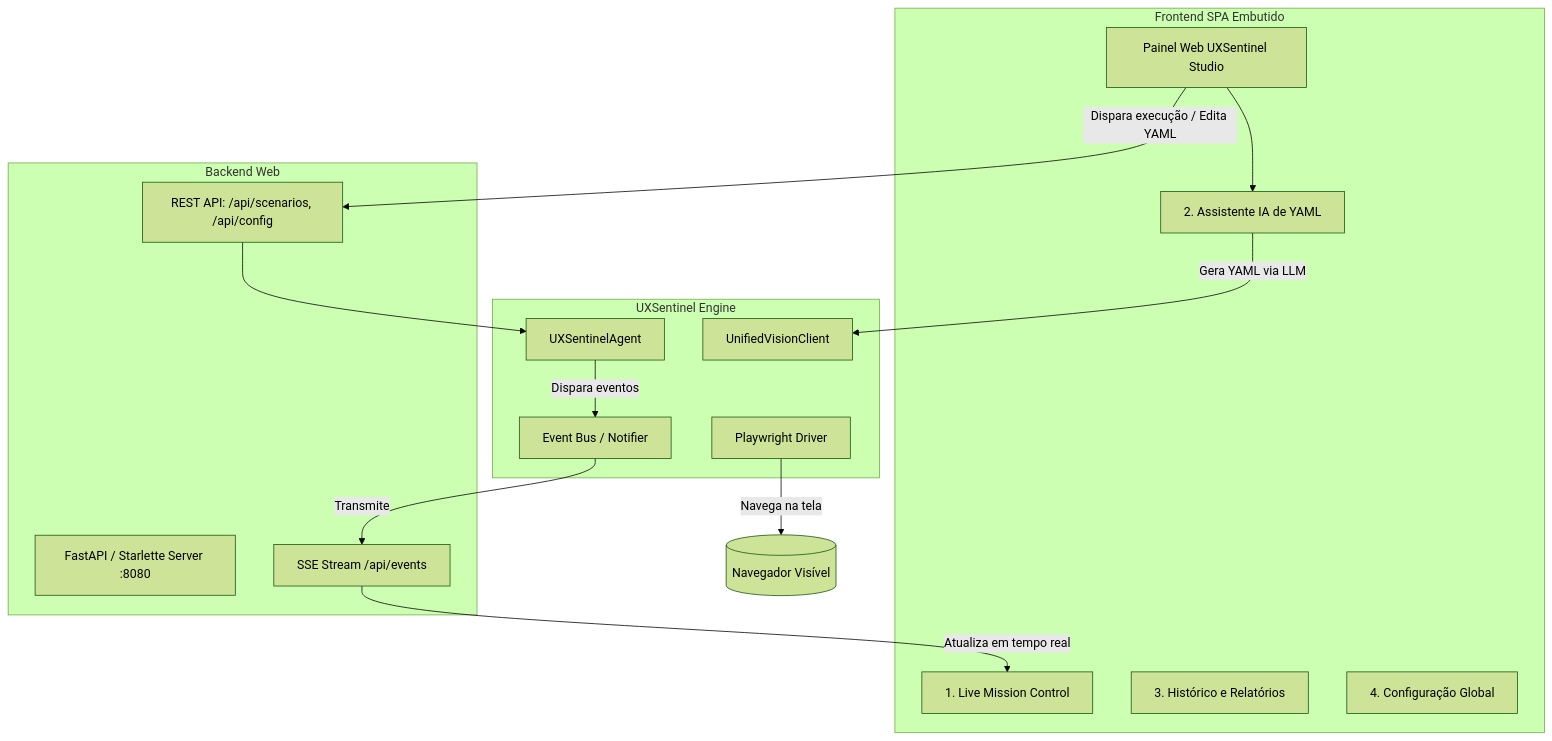
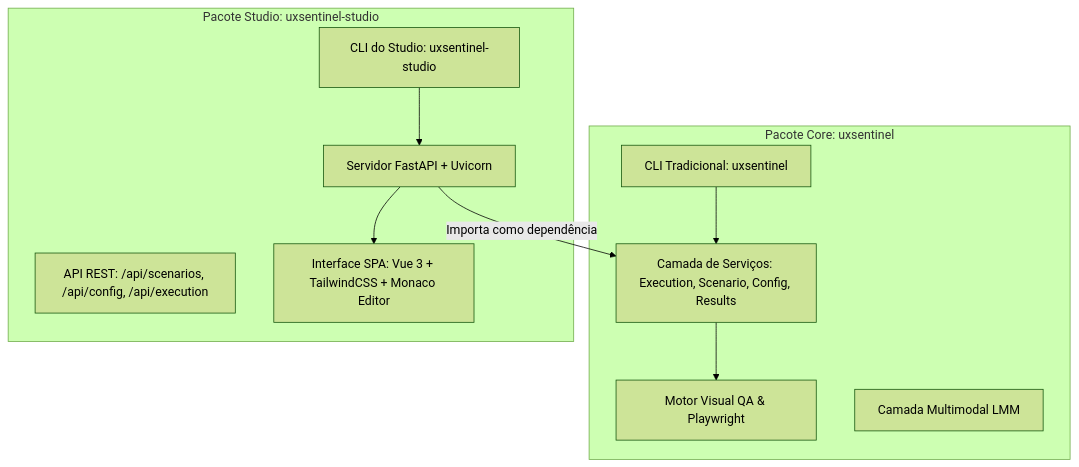
Before and after one commit to Defendi/UXSentinel: the third of 3 diagrams in docs/08_roadmap_melhorias_e_evolucao.md, drawn with Mermaid (forest theme). The commit also changed other lines of this file and 40 other files, not shown here.

Commit message:
feat(studio): implementa UXSentinel Studio completo com SPA, API REST, SSE, auditoria CSS e manual em PDF

````diff
--- a/docs/08_roadmap_melhorias_e_evolucao.md
+++ b/docs/08_roadmap_melhorias_e_evolucao.md
@@ -288,32 +290,22 @@
 ```mermaid
 flowchart TD
-    subgraph UXSentinel Engine
-        Agent[UXSentinelAgent]
-        Driver[Playwright Driver]
-        Vision[UnifiedVisionClient]
-        Bus[Event Bus / Notifier]
+    subgraph Pacote Core: uxsentinel
+        Engine[Motor Visual QA & Playwright]
+        Vision[Camada Multimodal LMM]
+        Services[Camada de Serviços: Execution, Scenario, Config, Results]
+        CLI[CLI Tradicional: uxsentinel]
     end
 
-    subgraph Backend Web
-        Server[FastAPI / Starlette Server :8080]
-        SSE[SSE Stream /api/events]
-        REST[REST API: /api/scenarios, /api/config]
+    subgraph Pacote Studio: uxsentinel-studio
+        FastAPI[Servidor FastAPI + Uvicorn]
+        REST[API REST: /api/scenarios, /api/config, /api/execution]
+        SPA[Interface SPA: Vue 3 + TailwindCSS + Monaco Editor]
+        StudioCLI[CLI do Studio: uxsentinel-studio]
     end
 
-    subgraph Frontend SPA Embutido
-        UI[Painel Web UXSentinel Studio]
-        Monitor[1. Live Mission Control]
-        AIAssistant[2. Assistente IA de YAML]
-        History[3. Histórico e Relatórios]
-        ConfigTab[4. Configuração Global]
-    end
-
-    Agent -->|Dispara eventos| Bus
-    Bus -->|Transmite| SSE
-    SSE -->|Atualiza em tempo real| Monitor
-    Driver -->|Navega na tela| Browser[(Navegador Visível)]
-    UI -->|Dispara execução / Edita YAML| REST
-    REST --> Agent
-    UI --> AIAssistant
-    AIAssistant -->|Gera YAML via LLM| Vision
+    CLI --> Services
+    StudioCLI --> FastAPI
+    FastAPI --> SPA
+    FastAPI -->|Importa como dependência| Services
+    Services --> Engine
 ```
````
